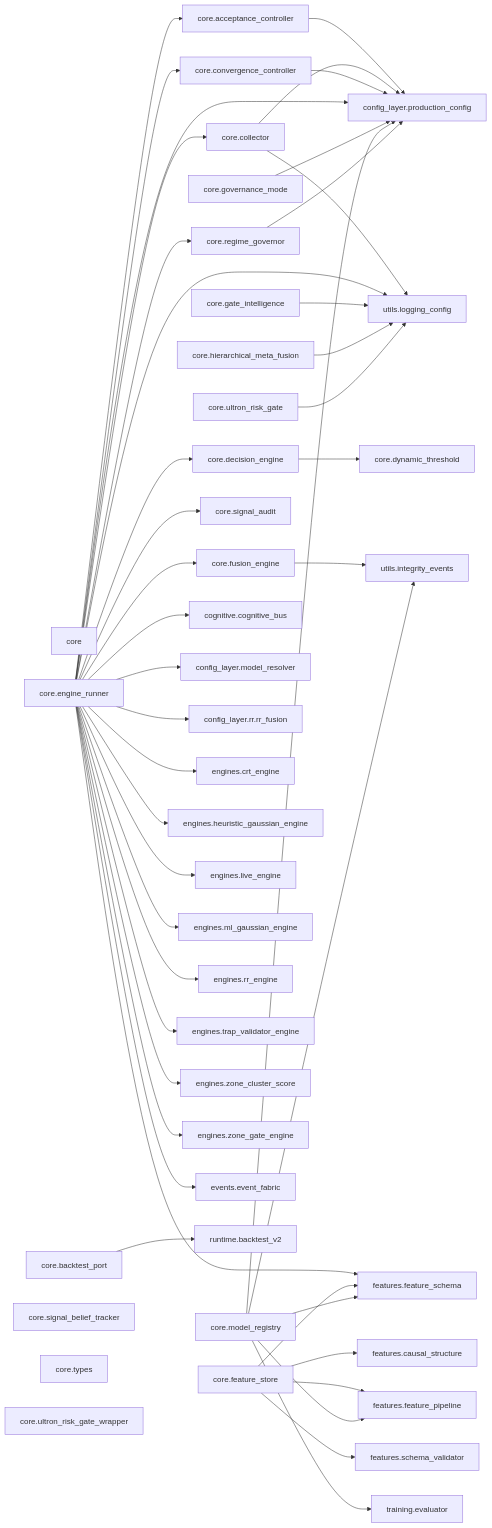
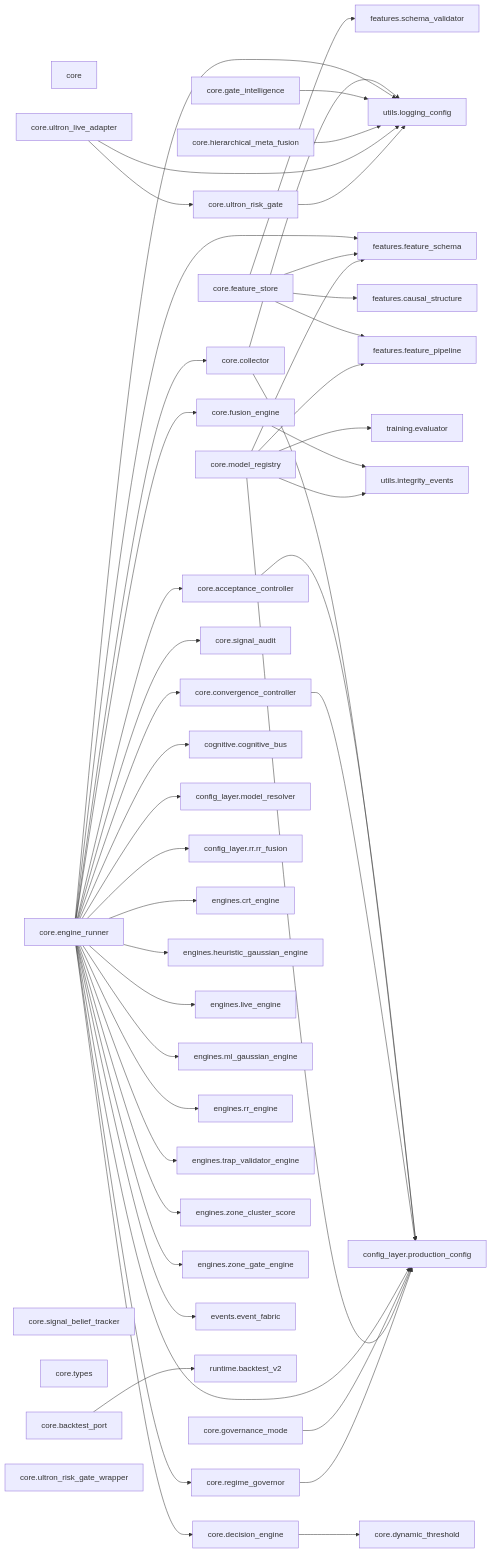
Before and after one commit to Chaithu1995-0312/TradeHlt: the ninth of 41 diagrams in docs/architecture/code-map.generated.md, drawn with Mermaid. The commit also changed other lines of this file and 39 other files, not shown here.

First line of the commit message:
docs: F-064 full-corpus re-measurement, feature-schema walk, architecture map sync

````diff
--- a/docs/architecture/code-map.generated.md
+++ b/docs/architecture/code-map.generated.md
@@ -622,6 +710,7 @@
     core_signal_audit["core.signal_audit"]
     core_signal_belief_tracker["core.signal_belief_tracker"]
     core_types["core.types"]
+    core_ultron_live_adapter["core.ultron_live_adapter"]
     core_ultron_risk_gate["core.ultron_risk_gate"]
     core_ultron_risk_gate_wrapper["core.ultron_risk_gate_wrapper"]
     cognitive_cognitive_bus["cognitive.cognitive_bus"]
@@ -687,5 +776,7 @@
     core_model_registry --> training_evaluator
     core_model_registry --> utils_integrity_events
     core_regime_governor --> config_layer_production_config
+    core_ultron_live_adapter --> core_ultron_risk_gate
+    core_ultron_live_adapter --> utils_logging_config
     core_ultron_risk_gate --> utils_logging_config
 ```
````
